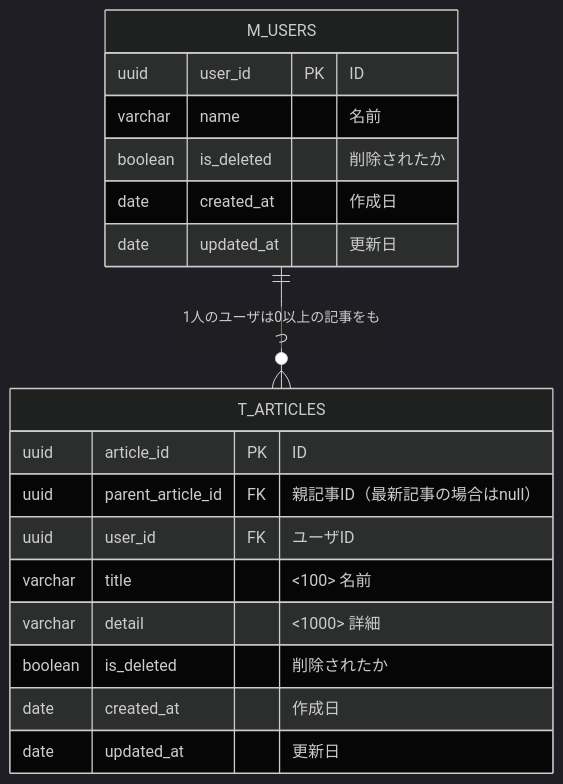
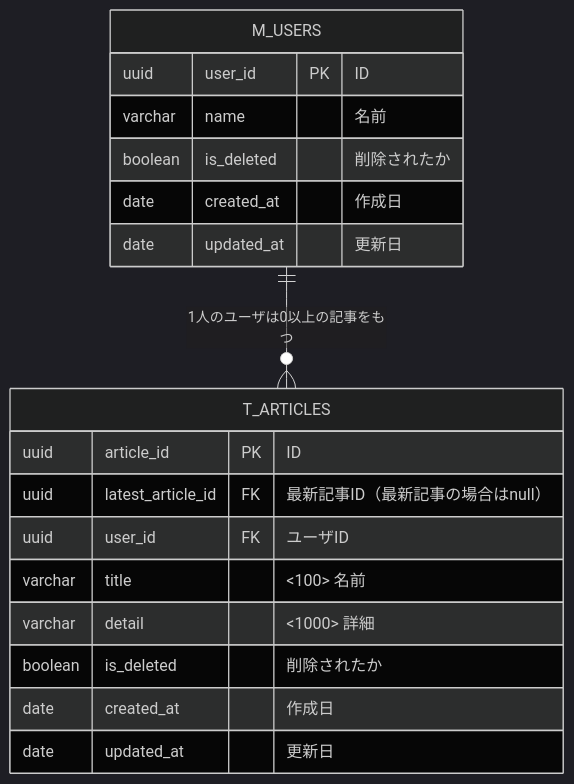
Before and after one commit to praha-inc/praha-challenge-7: the diagram in F0yWy8HaLlWoST/01_データベース設計/05_DBモデリング5/kadai_02.md, drawn with Mermaid (dark theme). The commit also changed other lines of this file and 1 other file, not shown here.

Commit message:
fix: 指摘修正

````diff
--- a/F0yWy8HaLlWoST/01_データベース設計/05_DBモデリング5/kadai_02.md
+++ b/F0yWy8HaLlWoST/01_データベース設計/05_DBモデリング5/kadai_02.md
@@ -5,24 +3,24 @@
 ```mermaid
 erDiagram
 
   M_USERS {
     uuid user_id PK "ID"
     varchar name "<Not null> 名前"
     boolean is_deleted "<Not null> 削除されたか"
     date created_at "<Not null> 作成日"
     date updated_at "<Not null> 更新日"
   }
 
   T_ARTICLES {
     uuid article_id PK "ID"
-    uuid parent_article_id FK "親記事ID（最新記事の場合はnull）"
+    uuid latest_article_id FK "最新記事ID（最新記事の場合はnull）"
     uuid user_id FK "<Not null> ユーザID"
     varchar title "<Not null><100> 名前"
     varchar detail "<Not null><1000> 詳細"
     boolean is_deleted "<Not null> 削除されたか"
     date created_at "<Not null> 作成日"
     date updated_at "<Not null> 更新日"
   }
 
   M_USERS ||--o{ T_ARTICLES: "1人のユーザは0以上の記事をもつ"
 ```
````
